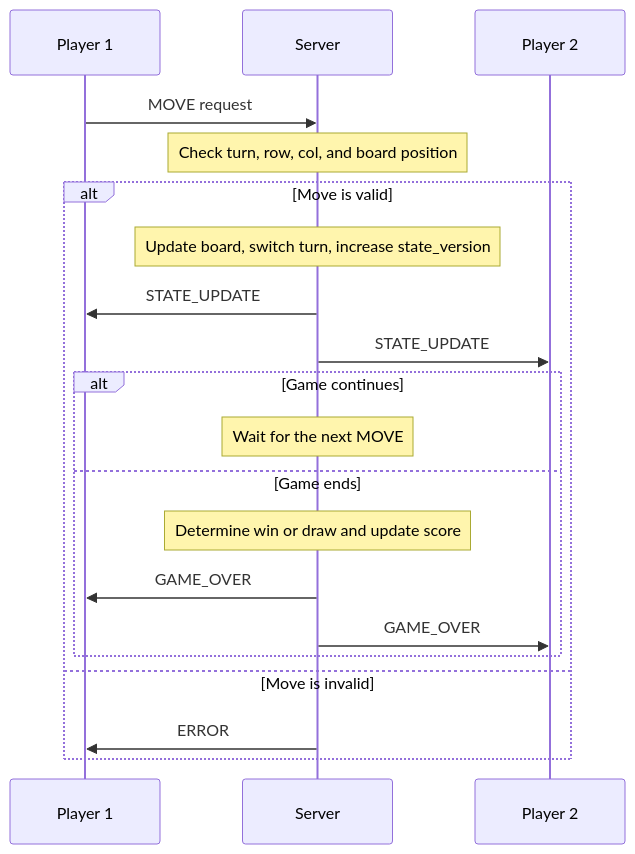
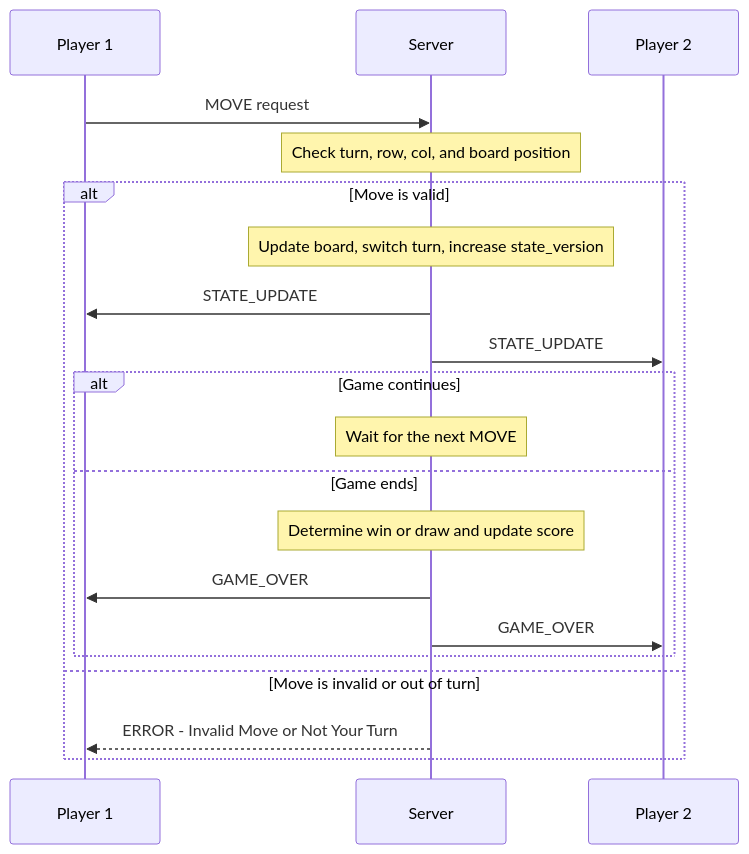
One commit to gmes21/cs457-final-project changed the diagram in docs/sequence_diagram.md. Above: the diagram before and after it, drawn with Mermaid. The commit also changed 1 other file, not shown here.

Commit message:
docs: clarify concurrency and invalid move handling

````diff
--- a/docs/sequence_diagram.md
+++ b/docs/sequence_diagram.md
@@ -7,22 +7,22 @@
 ```mermaid
 sequenceDiagram
     participant P1 as Player 1
     participant S as Server
     participant P2 as Player 2
         P1->>S: MOVE request
     Note over S: Check turn, row, col, and board position
         alt Move is valid
         Note over S: Update board, switch turn, increase state_version
         S->>P1: STATE_UPDATE
         S->>P2: STATE_UPDATE
                 alt Game continues
             Note over S: Wait for the next MOVE
         else Game ends
             Note over S: Determine win or draw and update score
             S->>P1: GAME_OVER
             S->>P2: GAME_OVER
         end
-    else Move is invalid
-        S->>P1: ERROR
+    else Move is invalid or out of turn
+        S-->>P1: ERROR - Invalid Move or Not Your Turn
     end
 ```
````
